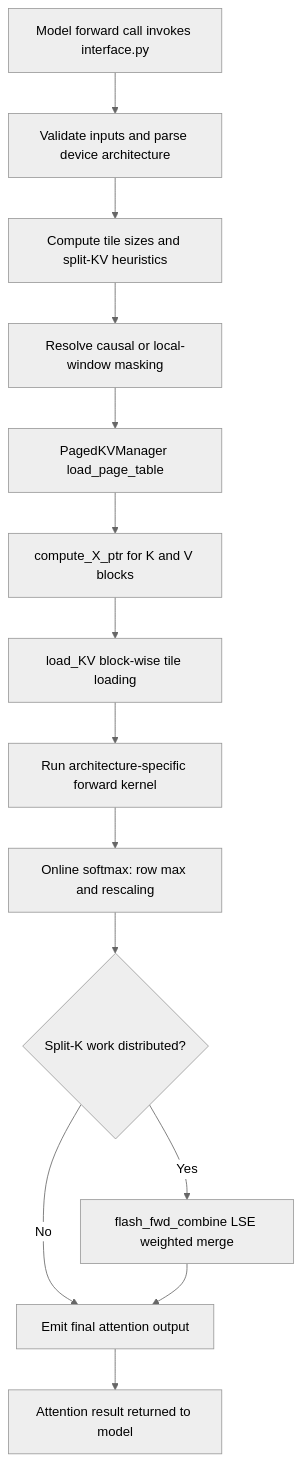
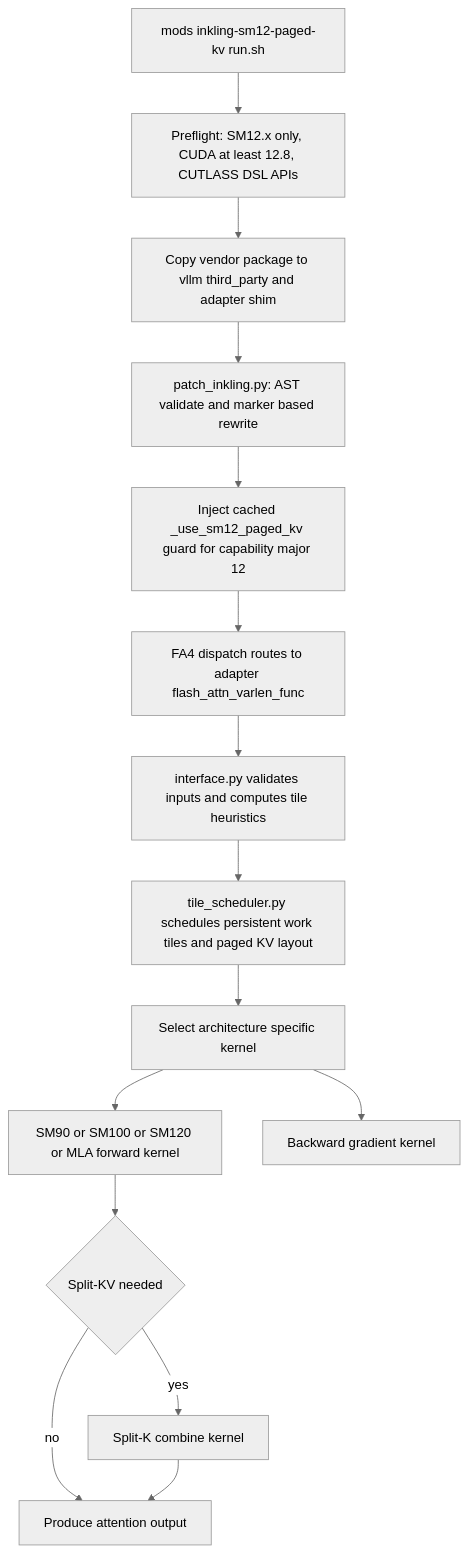
Before and after one commit to jpfulton-fultonengineeringservices/spark-vllm-docker: the eighth of 12 diagrams in deepwiki-rs-docs/2.Architecture.md, drawn with Mermaid (neutral theme). The commit also changed other lines of this file and 156 other files, not shown here.

````diff
--- a/deepwiki-rs-docs/2.Architecture.md
+++ b/deepwiki-rs-docs/2.Architecture.md
@@ -458,16 +556,17 @@
 ```mermaid
 graph TD
-    Entry["Model forward call invokes interface.py"] --> Validate["Validate inputs and parse device architecture"]
-    Validate --> Heuristics["Compute tile sizes and split-KV heuristics"]
-    Heuristics --> ResolveMask["Resolve causal or local-window masking"]
-    ResolveMask --> PageTable["PagedKVManager load_page_table"]
-    PageTable --> ComputePtr["compute_X_ptr for K and V blocks"]
-    ComputePtr --> LoadKV["load_KV block-wise tile loading"]
-    LoadKV --> FwdKernel["Run architecture-specific forward kernel"]
-    FwdKernel --> Softmax["Online softmax: row max and rescaling"]
-    Softmax --> SplitCheck{"Split-K work distributed?"}
-    SplitCheck -->|Yes| Combine["flash_fwd_combine LSE weighted merge"]
-    SplitCheck -->|No| Output["Emit final attention output"]
-    Combine --> Output
-    Output --> Done["Attention result returned to model"]
+    A["mods inkling-sm12-paged-kv run.sh"] --> B["Preflight: SM12.x only, CUDA at least 12.8, CUTLASS DSL APIs"]
+    B --> C["Copy vendor package to vllm third_party and adapter shim"]
+    C --> D["patch_inkling.py: AST validate and marker based rewrite"]
+    D --> E["Inject cached _use_sm12_paged_kv guard for capability major 12"]
+    E --> F["FA4 dispatch routes to adapter flash_attn_varlen_func"]
+    F --> G["interface.py validates inputs and computes tile heuristics"]
+    G --> H["tile_scheduler.py schedules persistent work tiles and paged KV layout"]
+    H --> I["Select architecture specific kernel"]
+    I --> J["SM90 or SM100 or SM120 or MLA forward kernel"]
+    I --> K["Backward gradient kernel"]
+    J --> L{"Split-KV needed"}
+    L -->|"yes"| M["Split-K combine kernel"]
+    L -->|"no"| N["Produce attention output"]
+    M --> N
 ```
````
